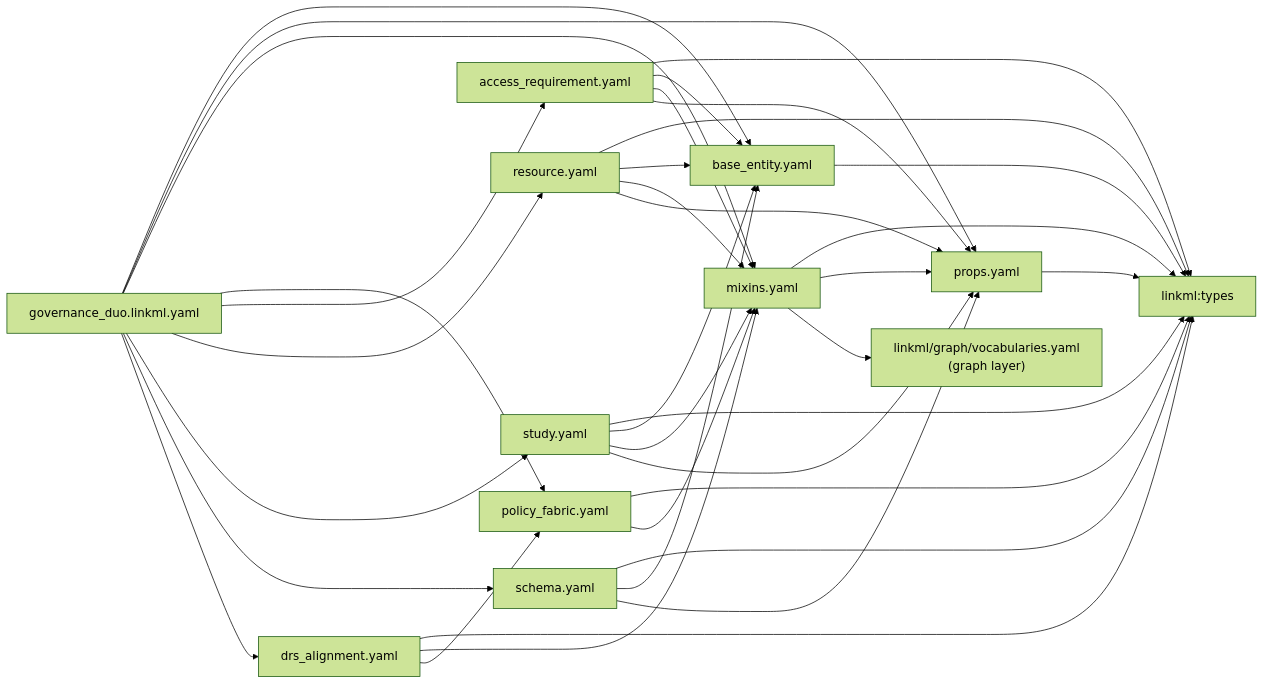
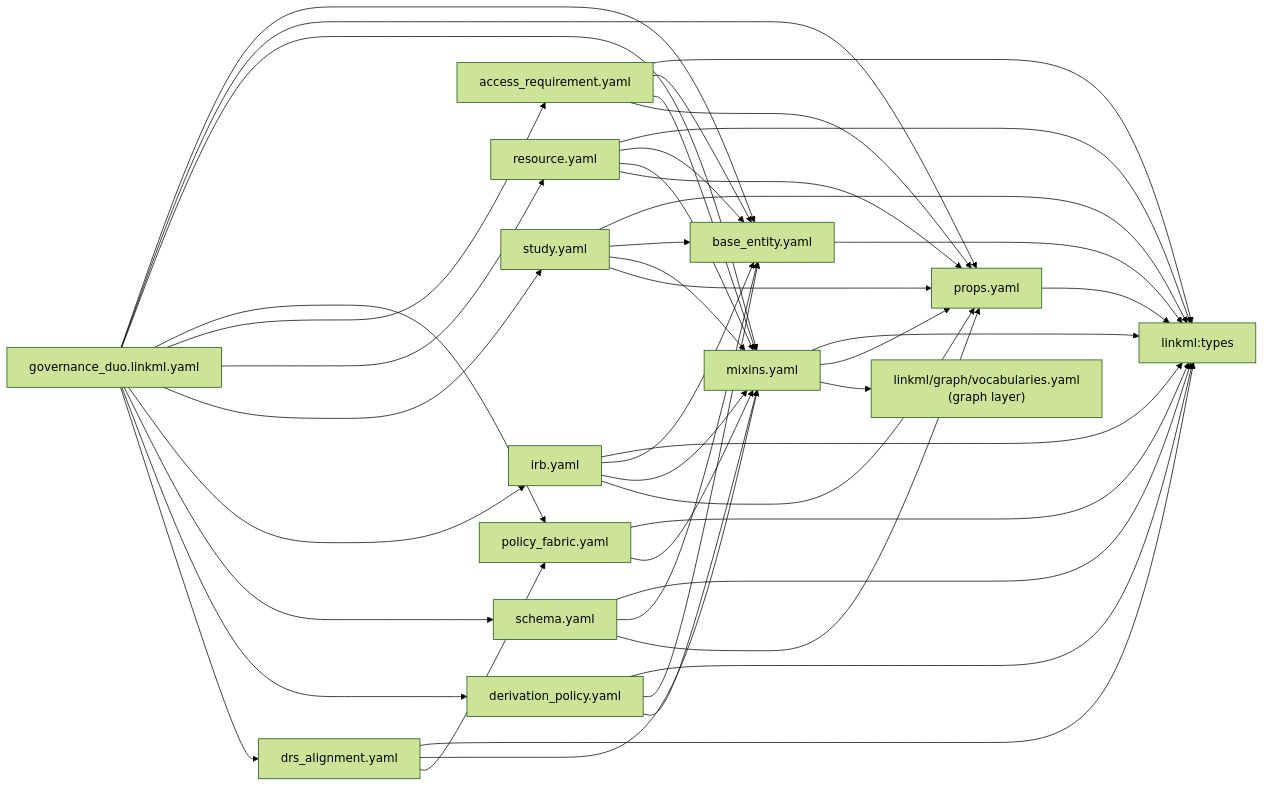
Before and after one commit to mc2-center/governanceDUO: the diagram in docs/linkml-model.md, drawn with Mermaid (forest theme). The commit also changed other lines of this file and 6 other files, not shown here.

````diff
--- a/docs/linkml-model.md
+++ b/docs/linkml-model.md
@@ -19,51 +19,62 @@
 ```mermaid
 graph LR
     types[linkml:types]
     base[base_entity.yaml]
     props[props.yaml]
     mixins[mixins.yaml]
     graphvocab["linkml/graph/vocabularies.yaml<br/>(graph layer)"]
     pf[policy_fabric.yaml]
     ar[access_requirement.yaml]
     res[resource.yaml]
     study[study.yaml]
+    irb[irb.yaml]
     schema[schema.yaml]
+    dp[derivation_policy.yaml]
     drs[drs_alignment.yaml]
     umbrella[governance_duo.linkml.yaml]
 
     base --> types
     props --> types
     mixins --> types
     mixins --> props
     mixins --> graphvocab
     pf --> types
     pf --> mixins
     ar --> types
     ar --> base
     ar --> mixins
     ar --> props
     res --> types
     res --> base
     res --> mixins
     res --> props
     study --> types
     study --> base
     study --> mixins
     study --> props
+    irb --> types
+    irb --> base
+    irb --> mixins
+    irb --> props
     schema --> types
     schema --> base
     schema --> props
+    dp --> types
+    dp --> base
+    dp --> mixins
     drs --> types
     drs --> mixins
     drs --> pf
 
     umbrella --> base
     umbrella --> props
     umbrella --> mixins
     umbrella --> pf
     umbrella --> ar
     umbrella --> res
     umbrella --> study
+    umbrella --> irb
     umbrella --> schema
+    umbrella --> dp
     umbrella --> drs
 ```
````
